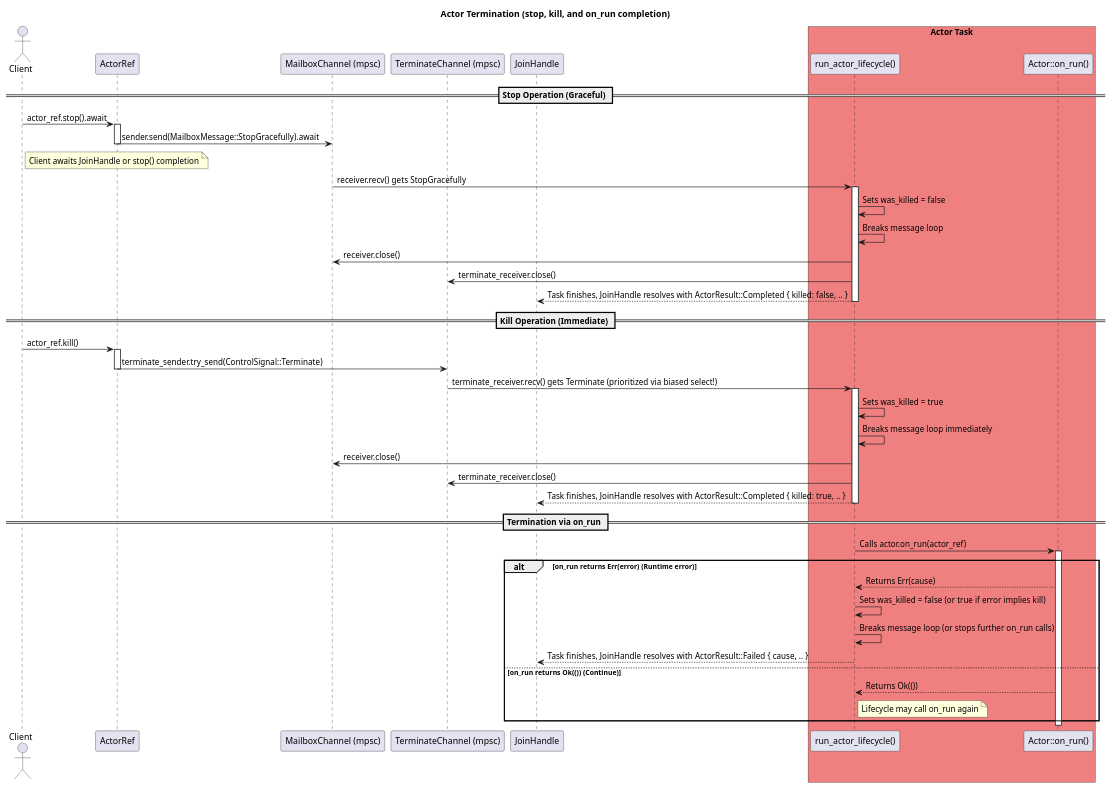
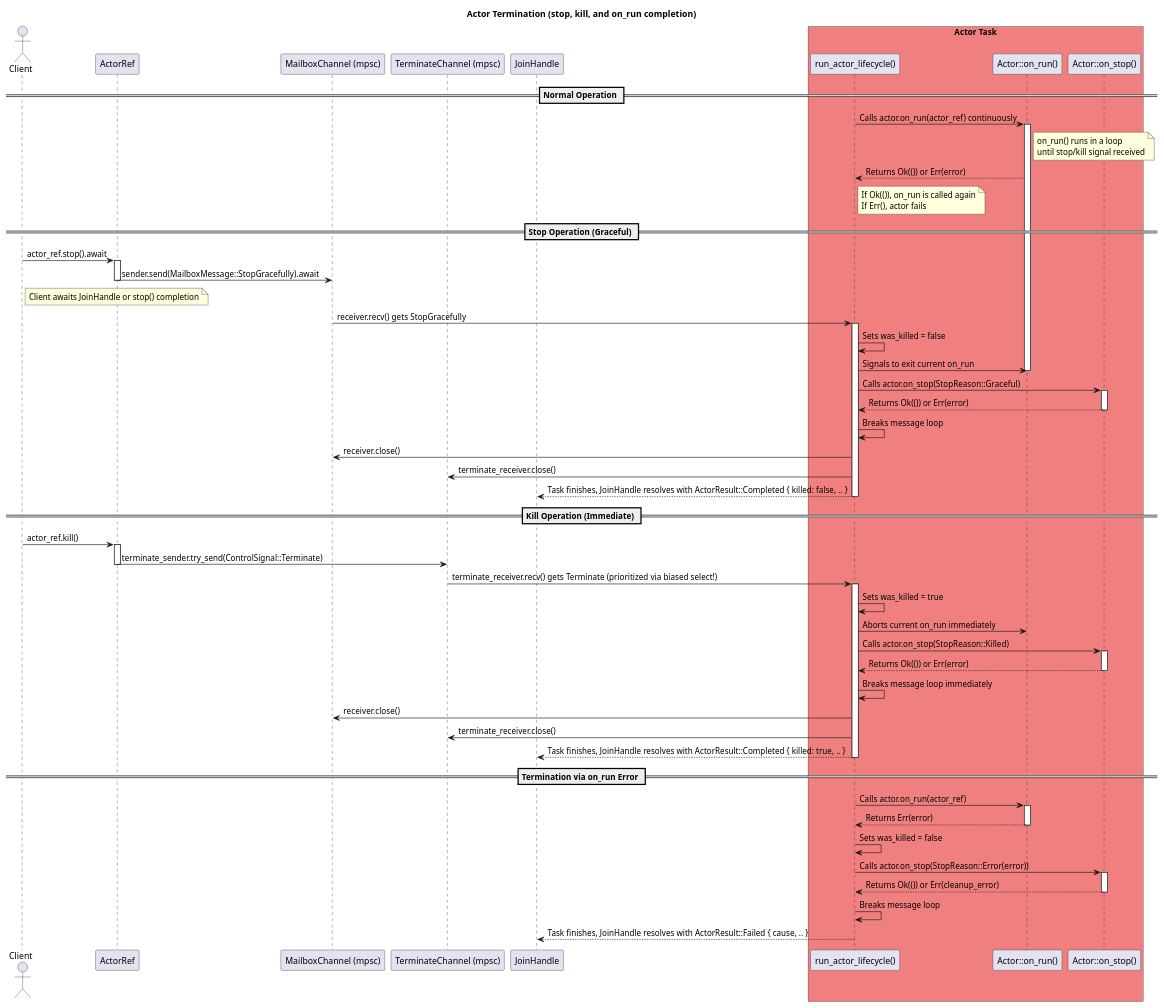
One commit to hiking90/rsactor changed the diagram in docs/termination.puml. Above: the diagram before and after it, drawn with PlantUML. The commit also changed 1 other file, not shown here.

Commit message:
Add tests for self-termination scenarios in on_run method

```diff
--- a/docs/termination.puml
+++ b/docs/termination.puml
@@ -1,63 +1,83 @@
 @startuml Actor Termination
 title Actor Termination (stop, kill, and on_run completion)
 
 actor Client
 participant "ActorRef" as ActorRef_obj
 participant "MailboxChannel (mpsc)" as MailboxChannel
 participant "TerminateChannel (mpsc)" as TerminateChannel
 participant "run_actor_lifecycle()" as Lifecycle
 participant "Actor::on_run()" as on_run_method
+participant "Actor::on_stop()" as on_stop_method
 participant "JoinHandle" as JoinHandle_obj
 
 box "Actor Task" #LightCoral
     participant Lifecycle
     participant on_run_method
+    participant on_stop_method
 end box
+
+== Normal Operation ==
+Lifecycle -> on_run_method: Calls actor.on_run(actor_ref) continuously
+activate on_run_method
+note right of on_run_method: on_run() runs in a loop\nuntil stop/kill signal received
+on_run_method --> Lifecycle: Returns Ok(()) or Err(error)
+note right of Lifecycle: If Ok(()), on_run is called again\nIf Err(), actor fails
 
 == Stop Operation (Graceful) ==
 Client -> ActorRef_obj: actor_ref.stop().await
 activate ActorRef_obj
 ActorRef_obj -> MailboxChannel: sender.send(MailboxMessage::StopGracefully).await
 deactivate ActorRef_obj
 note right of Client: Client awaits JoinHandle or stop() completion
 
 MailboxChannel -> Lifecycle: receiver.recv() gets StopGracefully
 activate Lifecycle
 Lifecycle -> Lifecycle: Sets was_killed = false
+Lifecycle -> on_run_method: Signals to exit current on_run
+deactivate on_run_method
+Lifecycle -> on_stop_method: Calls actor.on_stop(StopReason::Graceful)
+activate on_stop_method
+on_stop_method --> Lifecycle: Returns Ok(()) or Err(error)
+deactivate on_stop_method
 Lifecycle -> Lifecycle: Breaks message loop
 Lifecycle -> MailboxChannel: receiver.close()
 Lifecycle -> TerminateChannel: terminate_receiver.close()
 Lifecycle --> JoinHandle_obj: Task finishes, JoinHandle resolves with ActorResult::Completed { killed: false, .. }
 deactivate Lifecycle
 
 == Kill Operation (Immediate) ==
 Client -> ActorRef_obj: actor_ref.kill()
 activate ActorRef_obj
 ActorRef_obj -> TerminateChannel: terminate_sender.try_send(ControlSignal::Terminate)
 deactivate ActorRef_obj
 
 TerminateChannel -> Lifecycle: terminate_receiver.recv() gets Terminate (prioritized via biased select!)
 activate Lifecycle
 Lifecycle -> Lifecycle: Sets was_killed = true
+Lifecycle -> on_run_method: Aborts current on_run immediately
+deactivate on_run_method
+Lifecycle -> on_stop_method: Calls actor.on_stop(StopReason::Killed)
+activate on_stop_method
+on_stop_method --> Lifecycle: Returns Ok(()) or Err(error)
+deactivate on_stop_method
 Lifecycle -> Lifecycle: Breaks message loop immediately
 Lifecycle -> MailboxChannel: receiver.close()
 Lifecycle -> TerminateChannel: terminate_receiver.close()
 Lifecycle --> JoinHandle_obj: Task finishes, JoinHandle resolves with ActorResult::Completed { killed: true, .. }
 deactivate Lifecycle
 
-== Termination via on_run ==
+== Termination via on_run Error ==
 Lifecycle -> on_run_method: Calls actor.on_run(actor_ref)
 activate on_run_method
-alt on_run returns Err(error) (Runtime error)
-    on_run_method --> Lifecycle: Returns Err(cause)
-    Lifecycle -> Lifecycle: Sets was_killed = false (or true if error implies kill)
-    Lifecycle -> Lifecycle: Breaks message loop (or stops further on_run calls)
-    Lifecycle --> JoinHandle_obj: Task finishes, JoinHandle resolves with ActorResult::Failed { cause, .. }
-else on_run returns Ok(()) (Continue)
-    on_run_method --> Lifecycle: Returns Ok(())
-    note right of Lifecycle: Lifecycle may call on_run again
-end
+on_run_method --> Lifecycle: Returns Err(error)
 deactivate on_run_method
+Lifecycle -> Lifecycle: Sets was_killed = false
+Lifecycle -> on_stop_method: Calls actor.on_stop(StopReason::Error(error))
+activate on_stop_method
+on_stop_method --> Lifecycle: Returns Ok(()) or Err(cleanup_error)
+deactivate on_stop_method
+Lifecycle -> Lifecycle: Breaks message loop
+Lifecycle --> JoinHandle_obj: Task finishes, JoinHandle resolves with ActorResult::Failed { cause, .. }
 deactivate Lifecycle
 
 @enduml
```
